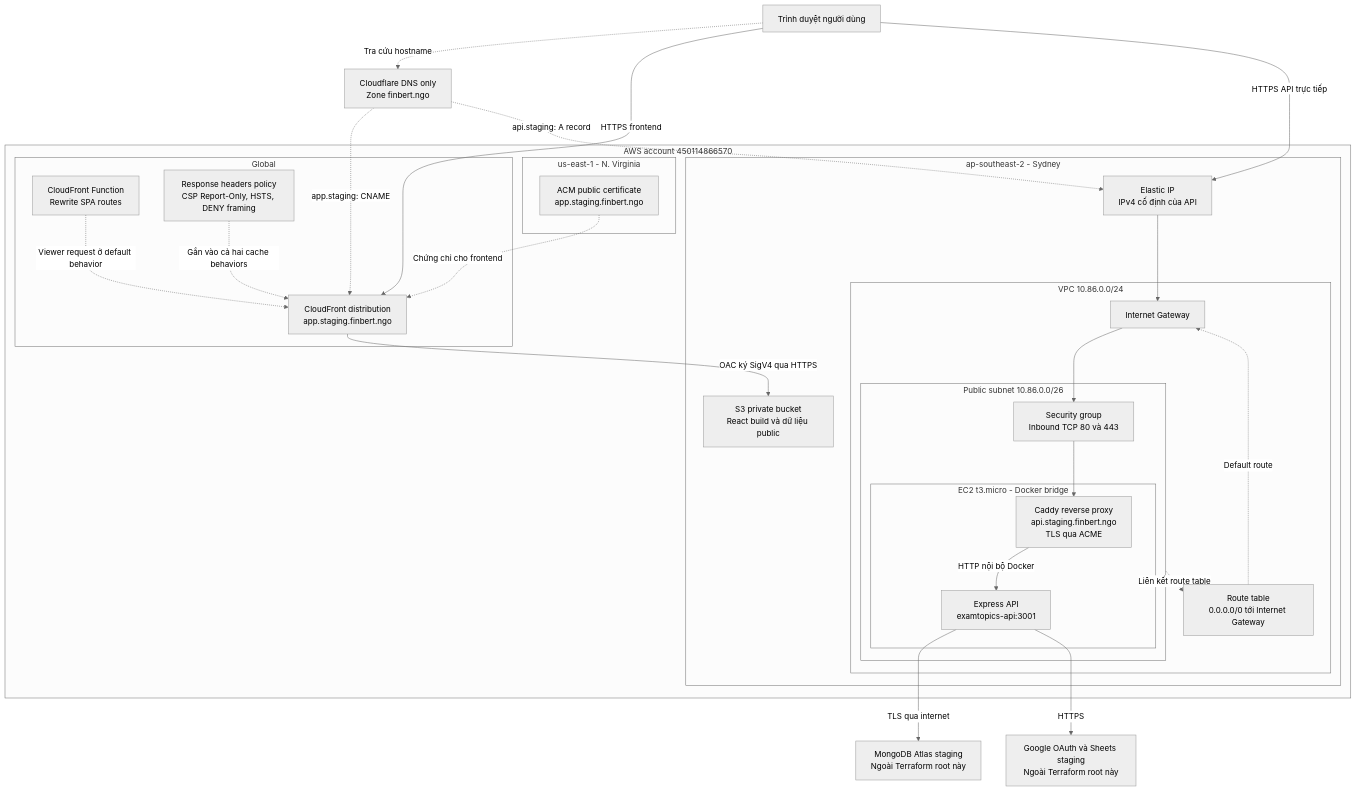
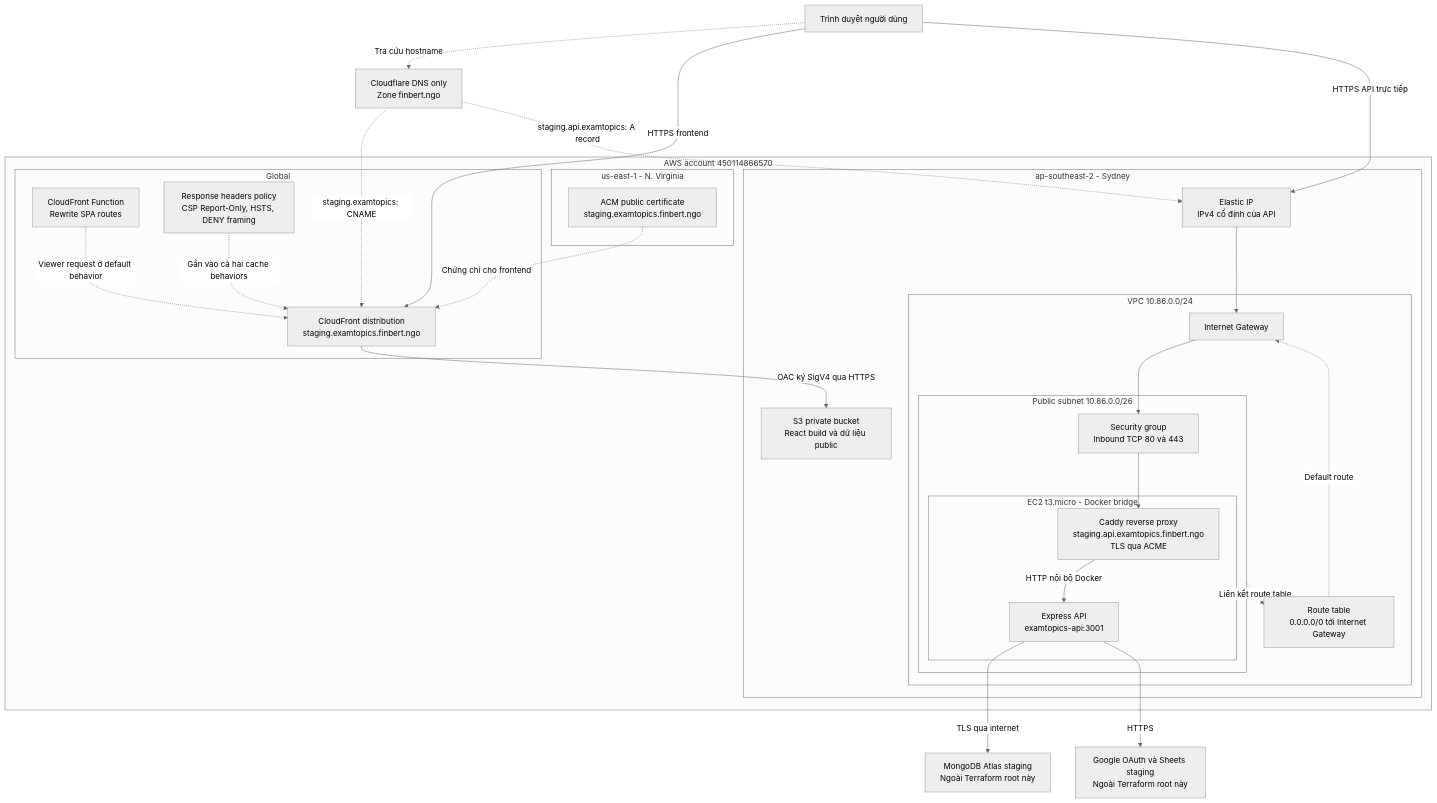
One commit to finbertmds/examtopics changed the first of 2 diagrams in docs/migration/aws-staging-architecture.md. Above: the diagram before and after it, drawn with Mermaid (neutral theme). The commit also changed other lines of this file and 9 other files, not shown here.

````diff
--- a/docs/migration/aws-staging-architecture.md
+++ b/docs/migration/aws-staging-architecture.md
@@ -11,51 +11,51 @@
 ```mermaid
 flowchart TB
     USER["Trình duyệt người dùng"]
     DNS["Cloudflare DNS only<br/>Zone finbert.ngo"]
     ATLAS["MongoDB Atlas staging<br/>Ngoài Terraform root này"]
     GOOGLE["Google OAuth và Sheets staging<br/>Ngoài Terraform root này"]
 
     subgraph AWS["AWS account 450114866570"]
         subgraph GLOBAL["Global"]
-            CF["CloudFront distribution<br/>app.staging.finbert.ngo"]
+            CF["CloudFront distribution<br/>staging.examtopics.finbert.ngo"]
             FN["CloudFront Function<br/>Rewrite SPA routes"]
             HEADERS["Response headers policy<br/>CSP Report-Only, HSTS, DENY framing"]
         end
         subgraph VIRGINIA["us-east-1 - N. Virginia"]
-            ACM["ACM public certificate<br/>app.staging.finbert.ngo"]
+            ACM["ACM public certificate<br/>staging.examtopics.finbert.ngo"]
         end
         subgraph SYDNEY["ap-southeast-2 - Sydney"]
             S3["S3 private bucket<br/>React build và dữ liệu public"]
             EIP["Elastic IP<br/>IPv4 cố định của API"]
             subgraph VPC["VPC 10.86.0.0/24"]
                 IGW["Internet Gateway"]
                 subgraph SUBNET["Public subnet 10.86.0.0/26"]
                     SG["Security group<br/>Inbound TCP 80 và 443"]
                     subgraph HOST["EC2 t3.micro - Docker bridge"]
-                        CADDY["Caddy reverse proxy<br/>api.staging.finbert.ngo<br/>TLS qua ACME"]
+                        CADDY["Caddy reverse proxy<br/>staging.api.examtopics.finbert.ngo<br/>TLS qua ACME"]
                         API["Express API<br/>examtopics-api:3001"]
                     end
                 end
                 RT["Route table<br/>0.0.0.0/0 tới Internet Gateway"]
             end
         end
     end
 
     USER -. "Tra cứu hostname" .-> DNS
-    DNS -. "app.staging: CNAME" .-> CF
-    DNS -. "api.staging: A record" .-> EIP
+    DNS -. "staging.examtopics: CNAME" .-> CF
+    DNS -. "staging.api.examtopics: A record" .-> EIP
     USER -->|"HTTPS frontend"| CF
     CF -->|"OAC ký SigV4 qua HTTPS"| S3
     ACM -. "Chứng chỉ cho frontend" .-> CF
     FN -. "Viewer request ở default behavior" .-> CF
     HEADERS -. "Gắn vào cả hai cache behaviors" .-> CF
     USER -->|"HTTPS API trực tiếp"| EIP
     EIP --> IGW
     IGW --> SG
     SG --> CADDY
     CADDY -->|"HTTP nội bộ Docker"| API
     API -->|"TLS qua internet"| ATLAS
     API -->|"HTTPS"| GOOGLE
     SUBNET -. "Liên kết route table" .-> RT
     RT -. "Default route" .-> IGW
 ```
````
